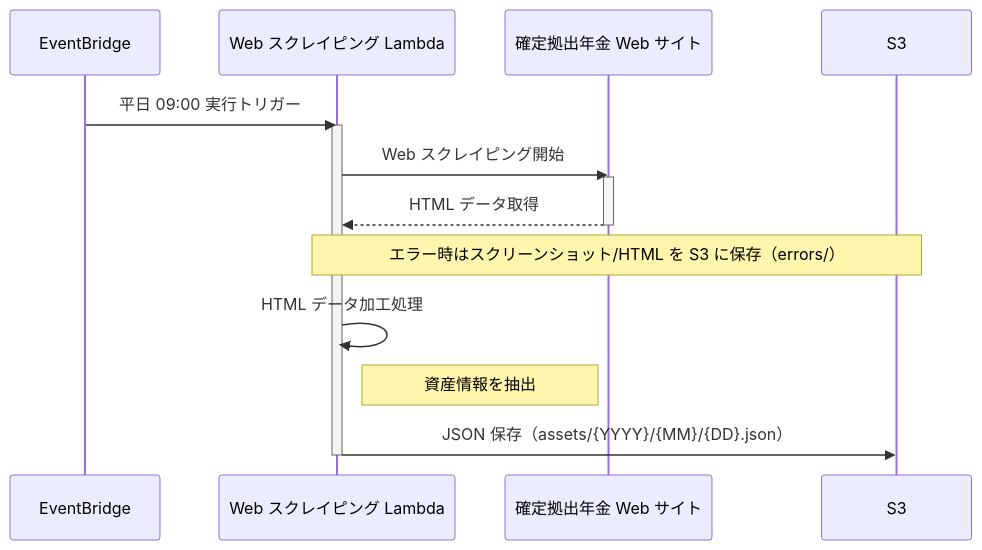
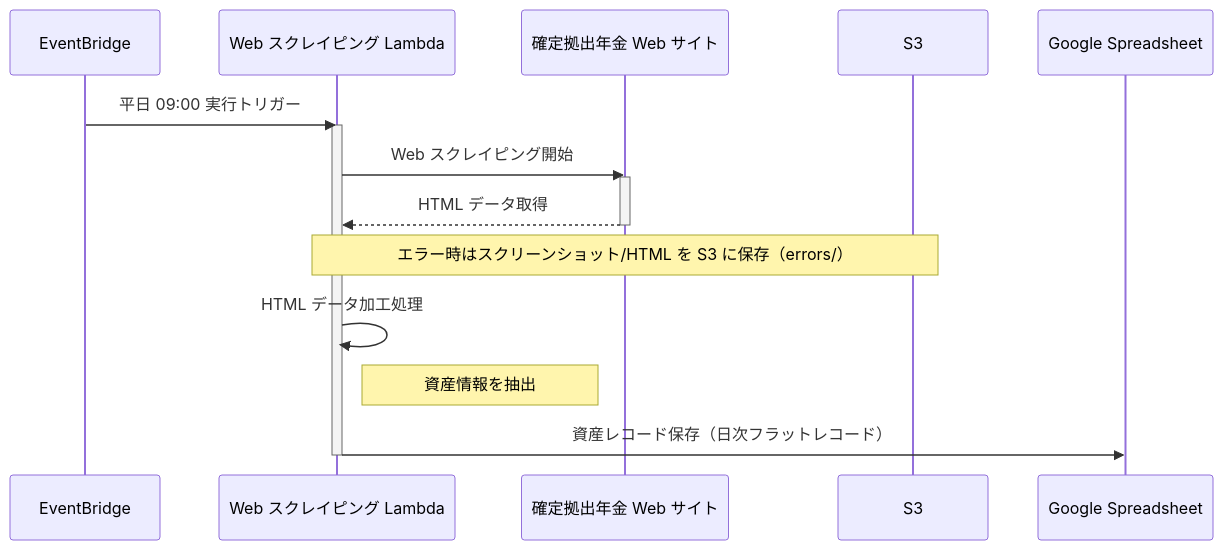
The diagram in lambda/web-scraping/README.md (kamaD-y/dcp-ops-monitor), drawn with Mermaid before and after one commit. The commit also changed other lines of this file, not shown here.

First line of the commit message:
docs(web-scraping): ドキュメントを Google Spreadsheet 対応に更新

````diff
--- a/lambda/web-scraping/README.md
+++ b/lambda/web-scraping/README.md
@@ -17,22 +17,23 @@
 ```mermaid
 sequenceDiagram
     participant EventBridge as EventBridge
     participant Scraping as Web スクレイピング Lambda
     participant Web as 確定拠出年金 Web サイト
     participant S3 as S3
+    participant GSheet as Google Spreadsheet
 
     EventBridge->>Scraping: 平日 09:00 実行トリガー
     activate Scraping
 
     Scraping->>Web: Web スクレイピング開始
     activate Web
     Web-->>Scraping: HTML データ取得
     deactivate Web
     Note over Scraping,S3: エラー時はスクリーンショット/HTML を S3 に保存（errors/）
 
     Scraping->>Scraping: HTML データ加工処理
     Note right of Scraping: 資産情報を抽出
 
-    Scraping->>S3: JSON 保存（assets/{YYYY}/{MM}/{DD}.json）
+    Scraping->>GSheet: 資産レコード保存（日次フラットレコード）
     deactivate Scraping
 ```
````
